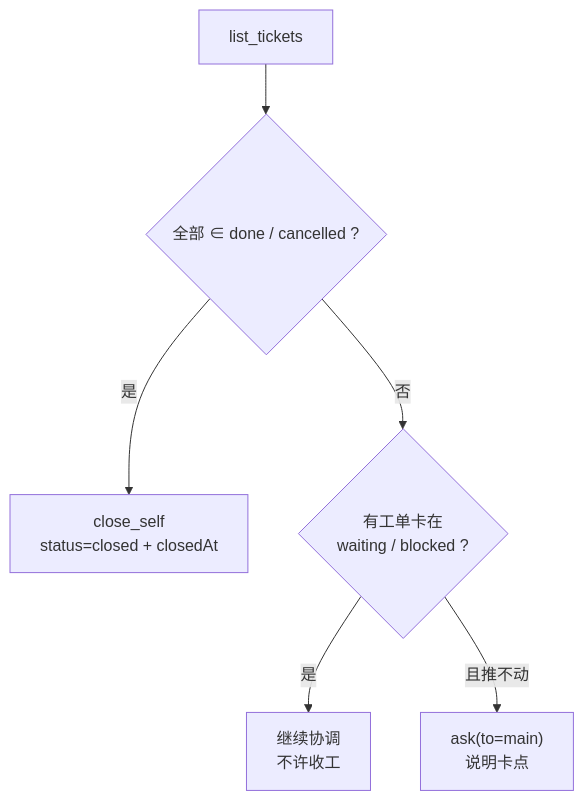
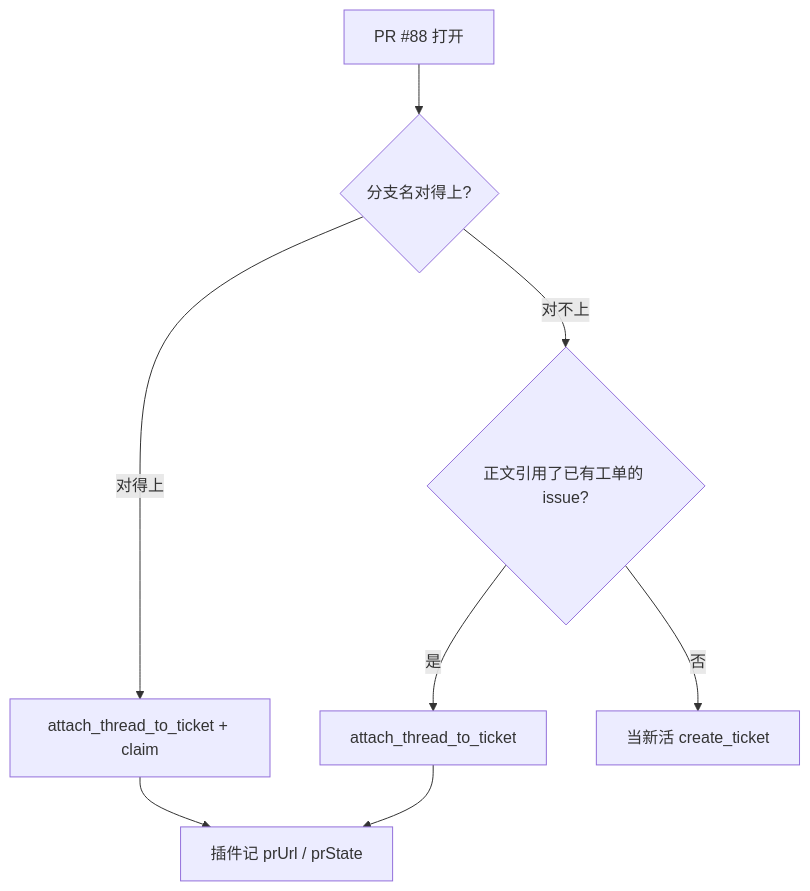
One commit to omdsh-dev/dsh-nexus changed the tenth of 11 diagrams in docs/flow.md. Above: the diagram before and after it, drawn with Mermaid. The commit also changed other lines of this file and 52 other files, not shown here.

````diff
--- a/docs/flow.md
+++ b/docs/flow.md
@@ -424,8 +364,10 @@
 ```mermaid
 flowchart TD
-    A["list_tickets"] --> B{"全部 ∈ done / cancelled ?"}
-    B -->|是| C["close_self<br/>status=closed + closedAt"]
-    B -->|否| D{"有工单卡在<br/>waiting / blocked ?"}
-    D -->|是| E["继续协调<br/>不许收工"]
-    D -->|"且推不动"| F["ask(to=main)<br/>说明卡点"]
+    A["PR #88 打开"] --> B{"分支名对得上?"}
+    B -->|"对得上"| D["attach_thread_to_ticket + claim"]
+    B -->|"对不上"| E{"正文引用了已有工单的 issue?"}
+    E -->|是| F["attach_thread_to_ticket"]
+    E -->|否| G["当新活 create_ticket"]
+    D --> H["插件记 prUrl / prState"]
+    F --> H
 ```
````
